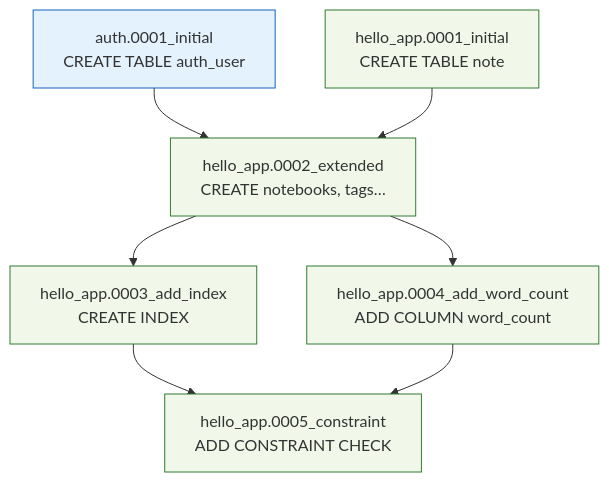
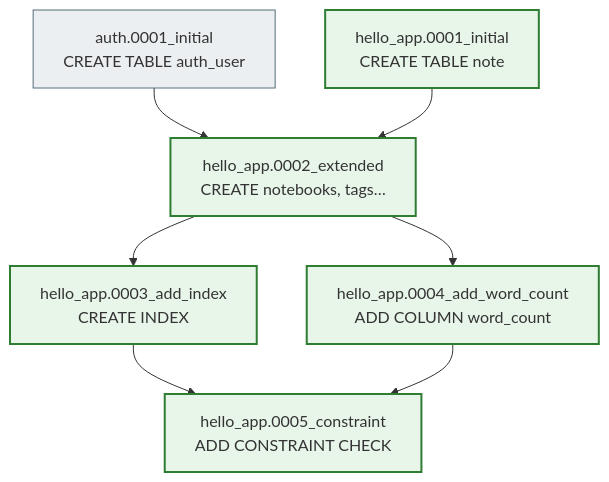
The first of 2 diagrams in docs/tutorials/03_crud_and_architecture/migrations.md (NikoriakViktot/notes_chat_app), drawn with Mermaid before and after one commit. The commit also changed 441 other files, not shown here.

First line of the commit message:
Add English version of the book, Mermaid standard, docs fixes

````diff
--- a/docs/tutorials/03_crud_and_architecture/migrations.md
+++ b/docs/tutorials/03_crud_and_architecture/migrations.md
@@ -39,17 +39,16 @@
 ```mermaid
 graph TD
     A["auth.0001_initial<br/>CREATE TABLE auth_user"] --> C
     B["hello_app.0001_initial<br/>CREATE TABLE note"] --> C
     C["hello_app.0002_extended<br/>CREATE notebooks, tags…"]
     C --> D["hello_app.0003_add_index<br/>CREATE INDEX"]
     C --> E["hello_app.0004_add_word_count<br/>ADD COLUMN word_count"]
     D --> F["hello_app.0005_constraint<br/>ADD CONSTRAINT CHECK"]
     E --> F
 
-    style A fill:#e3f2fd,stroke:#1565c0
-    style B fill:#f1f8e9,stroke:#2e7d32
-    style C fill:#f1f8e9,stroke:#2e7d32
-    style D fill:#f1f8e9,stroke:#2e7d32
-    style E fill:#f1f8e9,stroke:#2e7d32
-    style F fill:#f1f8e9,stroke:#2e7d32
+    classDef step     fill:#eceff1,stroke:#546e7a,stroke-width:1px;
+    classDef success  fill:#e8f5e9,stroke:#2e7d32,stroke-width:2px;
+
+    class A step;
+    class B,C,D,E,F success;
 ```
````
